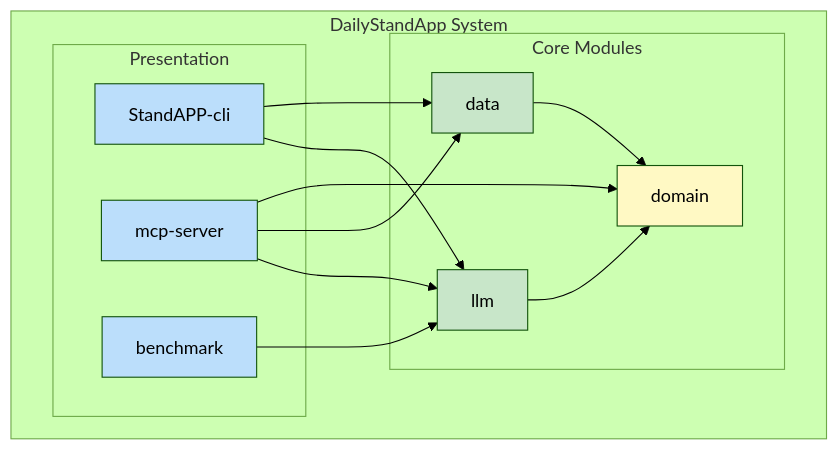
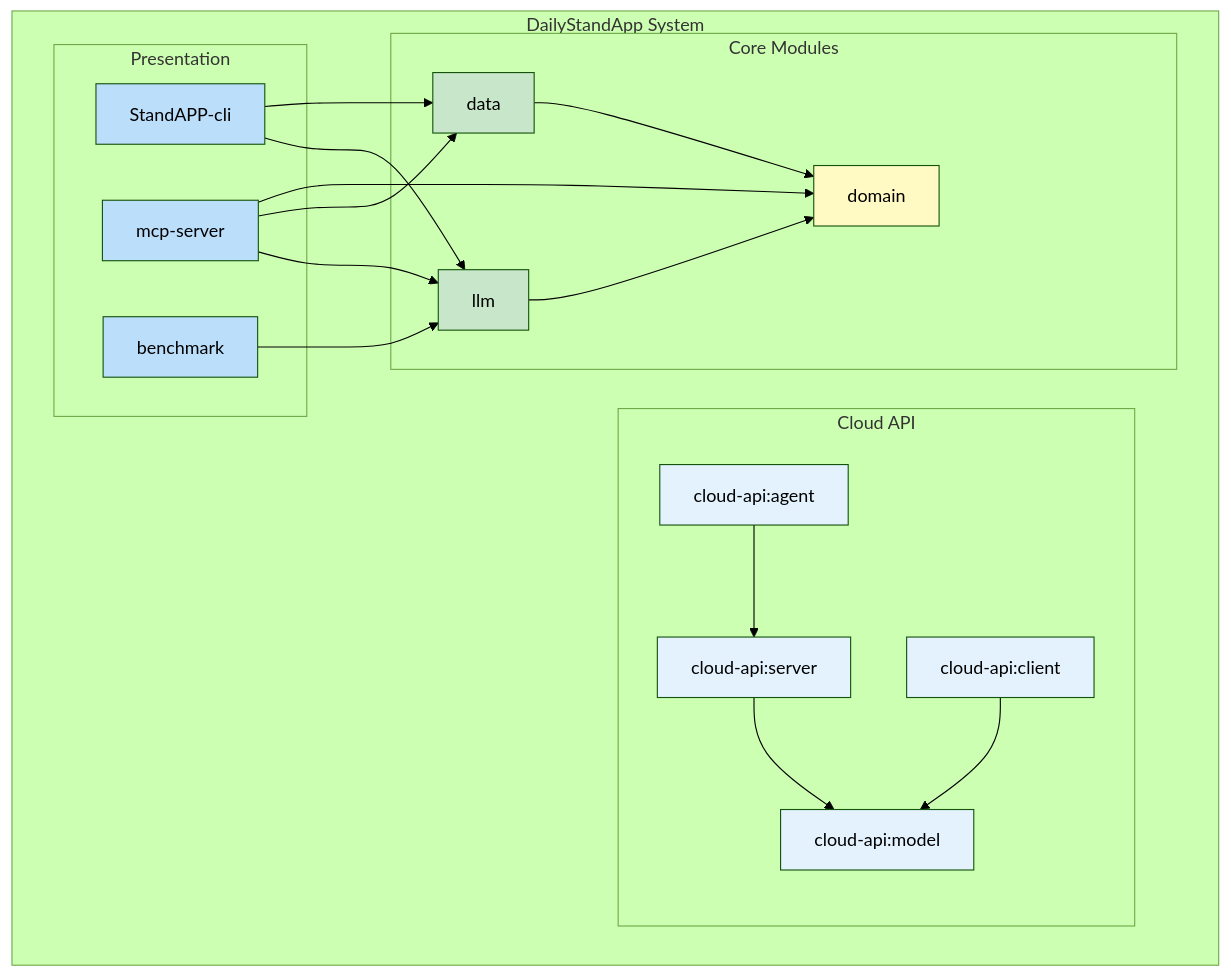
One commit to michalharakal/Daily-StandAPP changed the first of 7 diagrams in docs/modules/architecture/pages/05-building-block-view.adoc. Above: the diagram before and after it, drawn with Mermaid (forest theme). The commit also changed other lines of this file and 7 other files, not shown here.

First line of the commit message:
Update arc42 architecture docs to include cloud-api module

```diff
--- a/docs/modules/architecture/pages/05-building-block-view.adoc
+++ b/docs/modules/architecture/pages/05-building-block-view.adoc
@@ -8,34 +8,49 @@
 [mermaid]
 ----
 graph TB
     subgraph "DailyStandApp System"
         subgraph "Presentation"
             CLI[StandAPP-cli]
             MCPS[mcp-server]
             BENCH[benchmark]
+        end
+
+        subgraph "Cloud API"
+            APISERVER[cloud-api:server]
+            APICLIENT[cloud-api:client]
+            APIAGENT[cloud-api:agent]
+            APIMODEL[cloud-api:model]
         end
 
         subgraph "Core Modules"
             LLM[llm]
             DATA[data]
             DOMAIN[domain]
         end
     end
 
     CLI --> LLM
     CLI --> DATA
     MCPS --> LLM
     MCPS --> DATA
     MCPS --> DOMAIN
     BENCH --> LLM
 
+    APISERVER --> APIMODEL
+    APICLIENT --> APIMODEL
+    APIAGENT --> APISERVER
+
     LLM --> DOMAIN
     DATA --> DOMAIN
 
     style CLI fill:#bbdefb
     style MCPS fill:#bbdefb
     style BENCH fill:#bbdefb
+    style APISERVER fill:#e3f2fd
+    style APICLIENT fill:#e3f2fd
+    style APIAGENT fill:#e3f2fd
+    style APIMODEL fill:#e3f2fd
     style LLM fill:#c8e6c9
     style DATA fill:#c8e6c9
     style DOMAIN fill:#fff9c4
 ----
```
